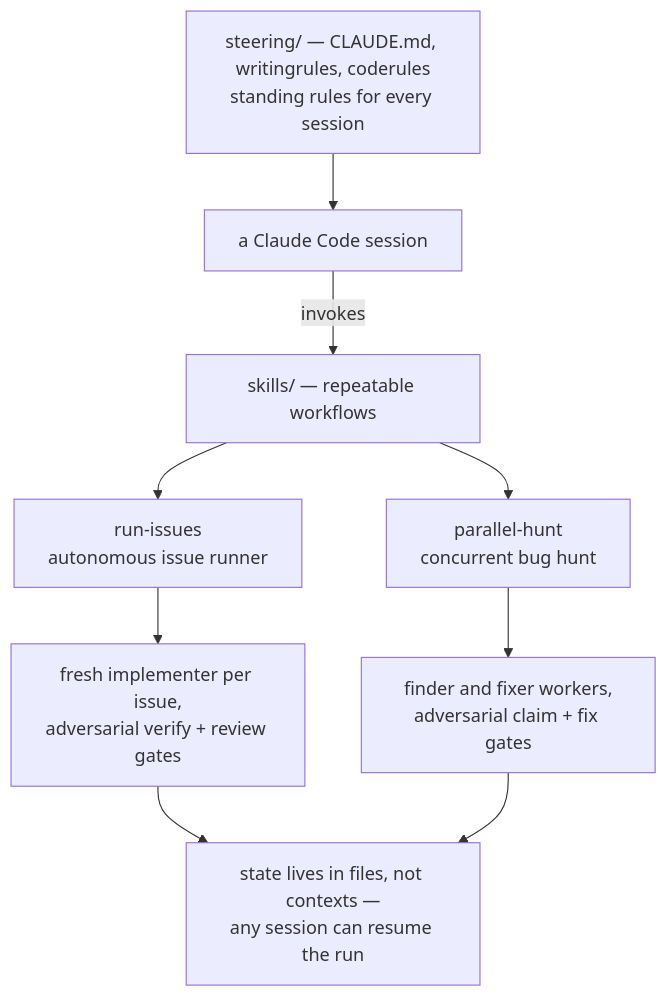
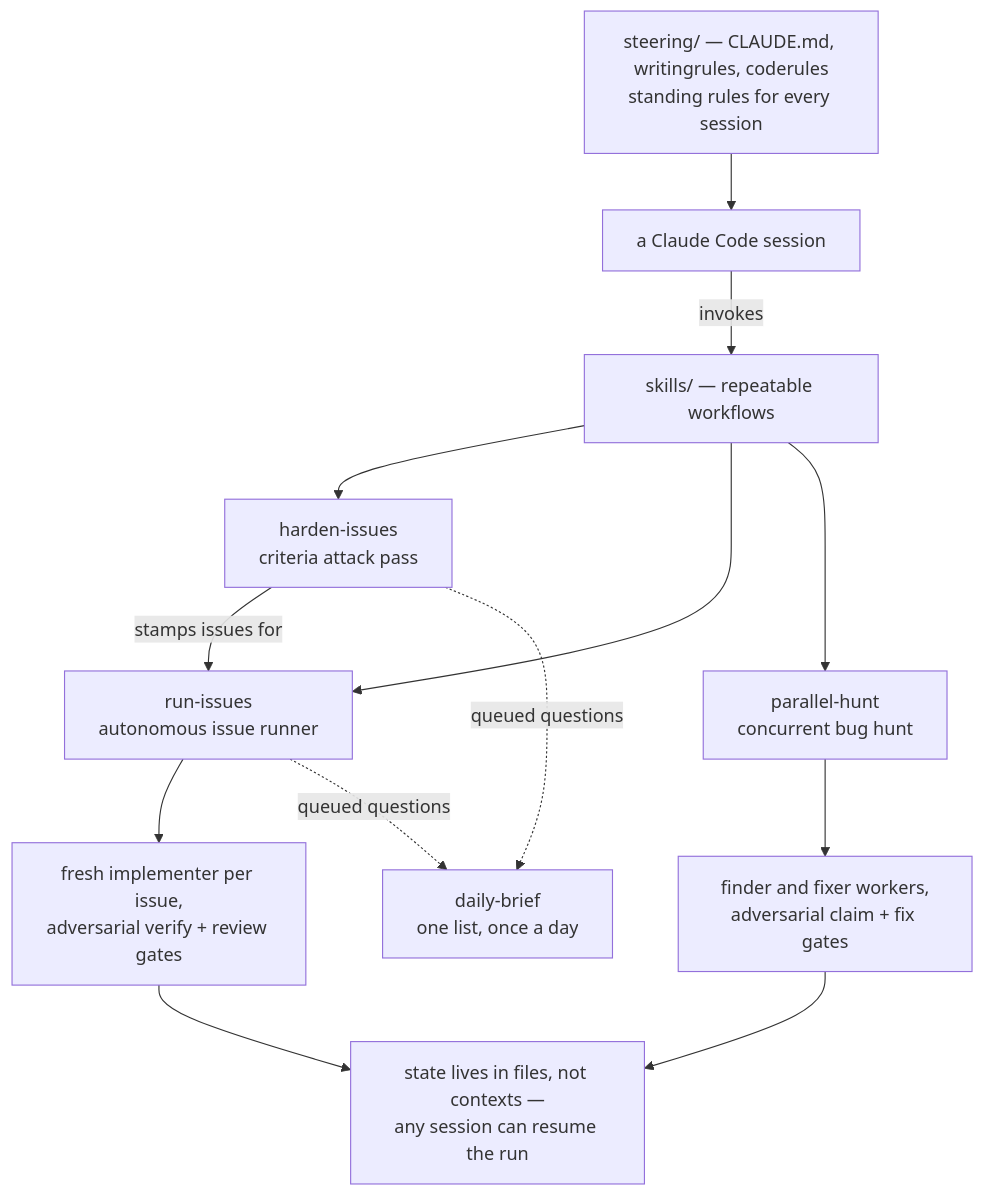
One commit to roufmlp/agent-skills changed the diagram in README.md. Above: the diagram before and after it, drawn with Mermaid. The commit also changed other lines of this file and 12 other files, not shown here.

````diff
--- a/README.md
+++ b/README.md
@@ -16,11 +16,15 @@
 ```mermaid
 flowchart TD
     ST["steering/ — CLAUDE.md, writingrules, coderules<br/>standing rules for every session"] --> SES["a Claude Code session"]
     SES -->|invokes| SK["skills/ — repeatable workflows"]
+    SK --> HI["harden-issues<br/>criteria attack pass"]
     SK --> RI["run-issues<br/>autonomous issue runner"]
     SK --> PH["parallel-hunt<br/>concurrent bug hunt"]
+    HI -->|stamps issues for| RI
     RI --> W1["fresh implementer per issue,<br/>adversarial verify + review gates"]
     PH --> W2["finder and fixer workers,<br/>adversarial claim + fix gates"]
     W1 --> F["state lives in files, not contexts —<br/>any session can resume the run"]
     W2 --> F
+    HI -.->|queued questions| DB["daily-brief<br/>one list, once a day"]
+    RI -.->|queued questions| DB
 ```
````
